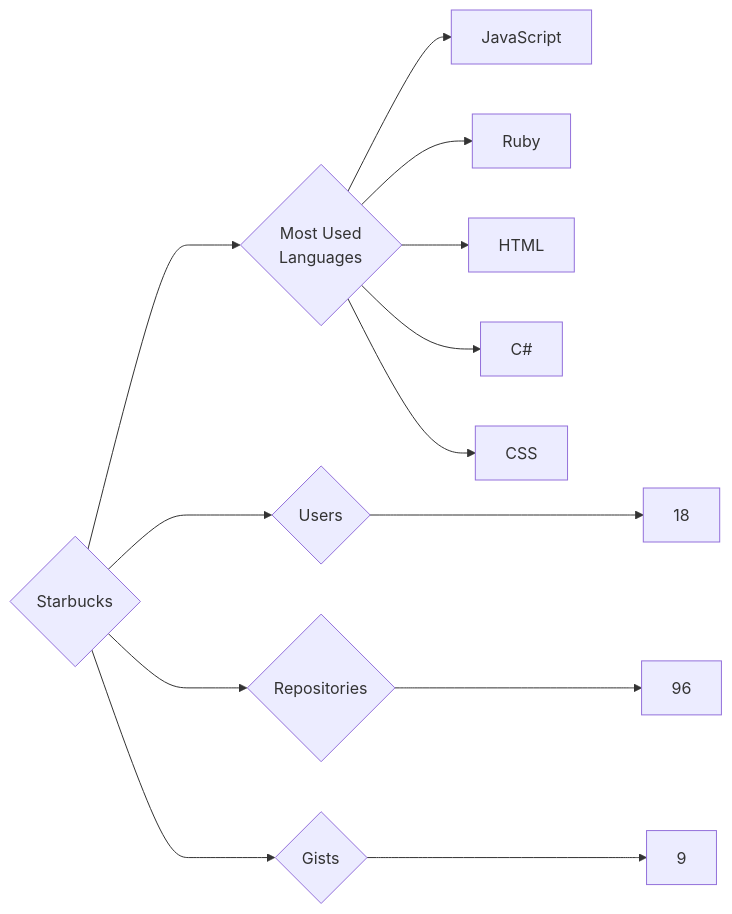
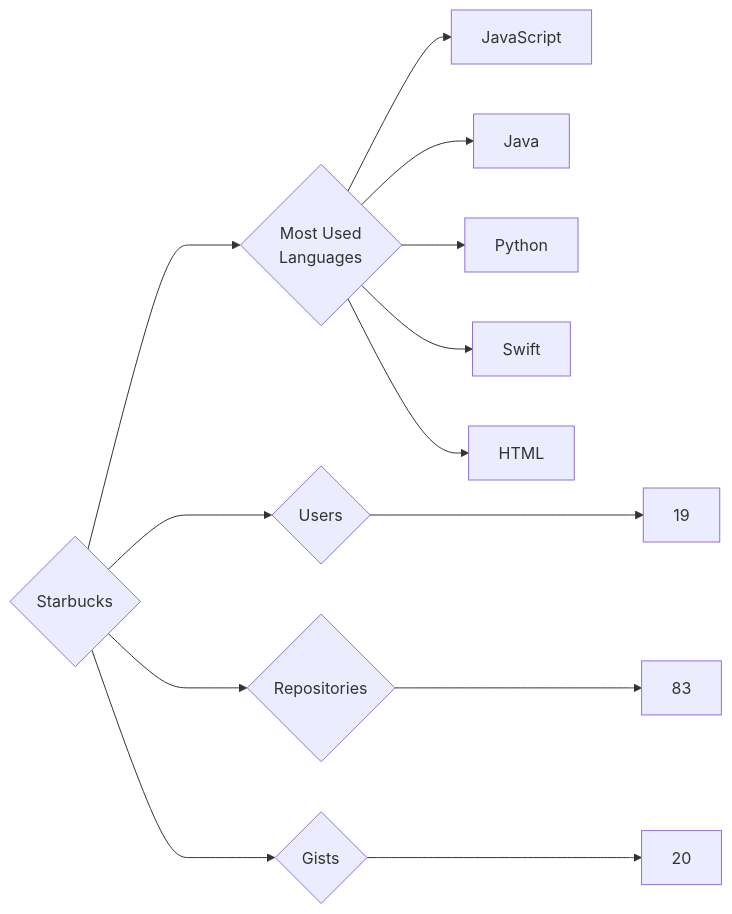
The diagram in targets/Starbucks/README.md (trickest/insiders), drawn with Mermaid before and after one commit. The commit also changed 920 other files, not shown here.

````diff
--- a/targets/Starbucks/README.md
+++ b/targets/Starbucks/README.md
@@ -3,13 +3,13 @@
 ```mermaid
 graph LR
 COMPANY_NAME{Starbucks}
-COMPANY_NAME ---> U{Users} ---> UN[18]
-COMPANY_NAME ---> R{Repositories} ---> RN[96]
-COMPANY_NAME ---> G{Gists} ---> GN[9]
+COMPANY_NAME ---> U{Users} ---> UN[19]
+COMPANY_NAME ---> R{Repositories} ---> RN[83]
+COMPANY_NAME ---> G{Gists} ---> GN[20]
 COMPANY_NAME ---> ML{Most Used<br>Languages}
 ML --> JavaScript[JavaScript]
-ML --> Ruby[Ruby]
+ML --> Java[Java]
+ML --> Python[Python]
+ML --> Swift[Swift]
 ML --> HTML[HTML]
-ML --> C#[C#]
-ML --> CSS[CSS]
 ```
````
